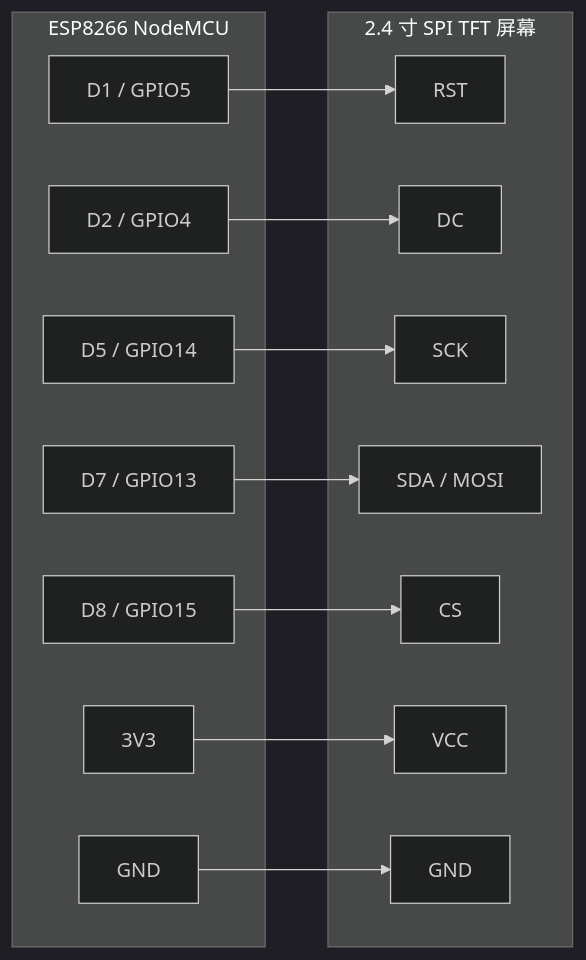
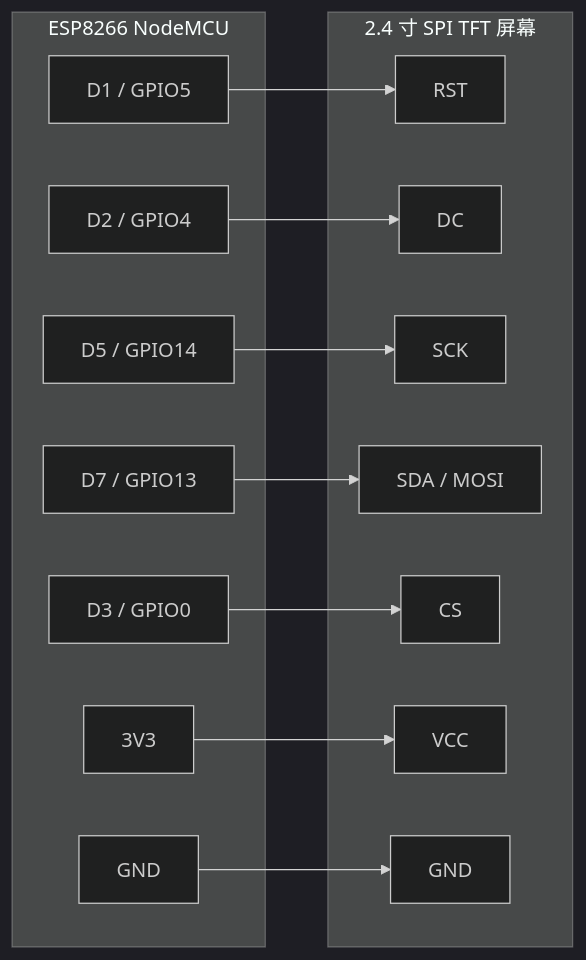
The diagram in esp/README.md (luojiaaoo/codex-extra-light), drawn with Mermaid (dark theme) before and after one commit. The commit also changed other lines of this file and 1 other file, not shown here.

Commit message:
fix(esp): 修正 TFT 引脚映射及示意图
- 将 TFT CS 引脚从 D8(GPIO15) 修改为 D3(GPIO0)
- 更新 esp/config.py 中 PIN_CS 常量为 0
- 修改 README.md 中的引脚示意图，增加 D3(GPIO0) 并移除 D8(GPIO15)
- 保持其他引脚配置不变，确保引脚定义与硬件连接匹配

````diff
--- a/esp/README.md
+++ b/esp/README.md
@@ -13,30 +13,30 @@
 ```mermaid
 flowchart LR
     subgraph ESP["ESP8266 NodeMCU"]
         D1["D1 / GPIO5"]
         D2["D2 / GPIO4"]
+        D3["D3 / GPIO0"]
         D5["D5 / GPIO14"]
         D7["D7 / GPIO13"]
-        D8["D8 / GPIO15"]
         P33["3V3"]
         G["GND"]
     end
 
     subgraph TFT["2.4 寸 SPI TFT 屏幕"]
         RST["RST"]
         DC["DC"]
         SCK["SCK"]
         SDA["SDA / MOSI"]
         CS["CS"]
         VCC["VCC"]
         GND["GND"]
     end
 
     D1 --> RST
     D2 --> DC
+    D3 --> CS
     D5 --> SCK
     D7 --> SDA
-    D8 --> CS
     P33 --> VCC
     G --> GND
 ```
````
